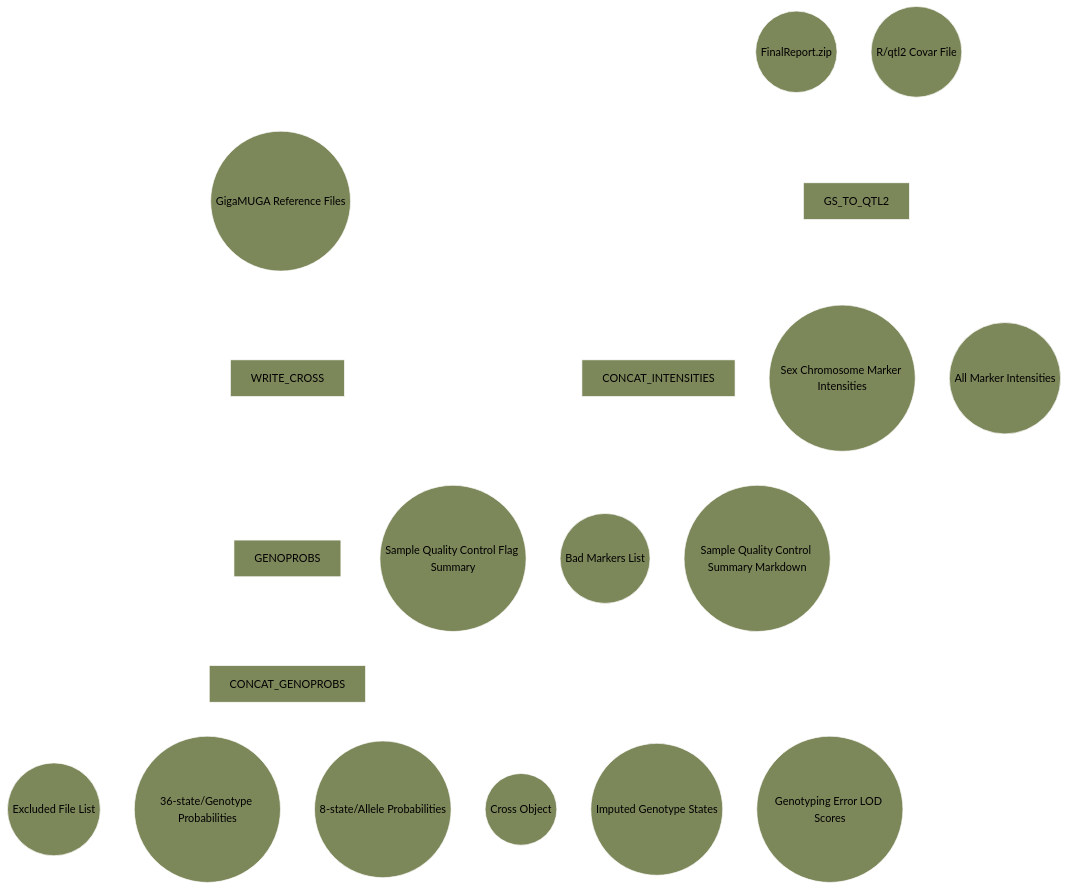
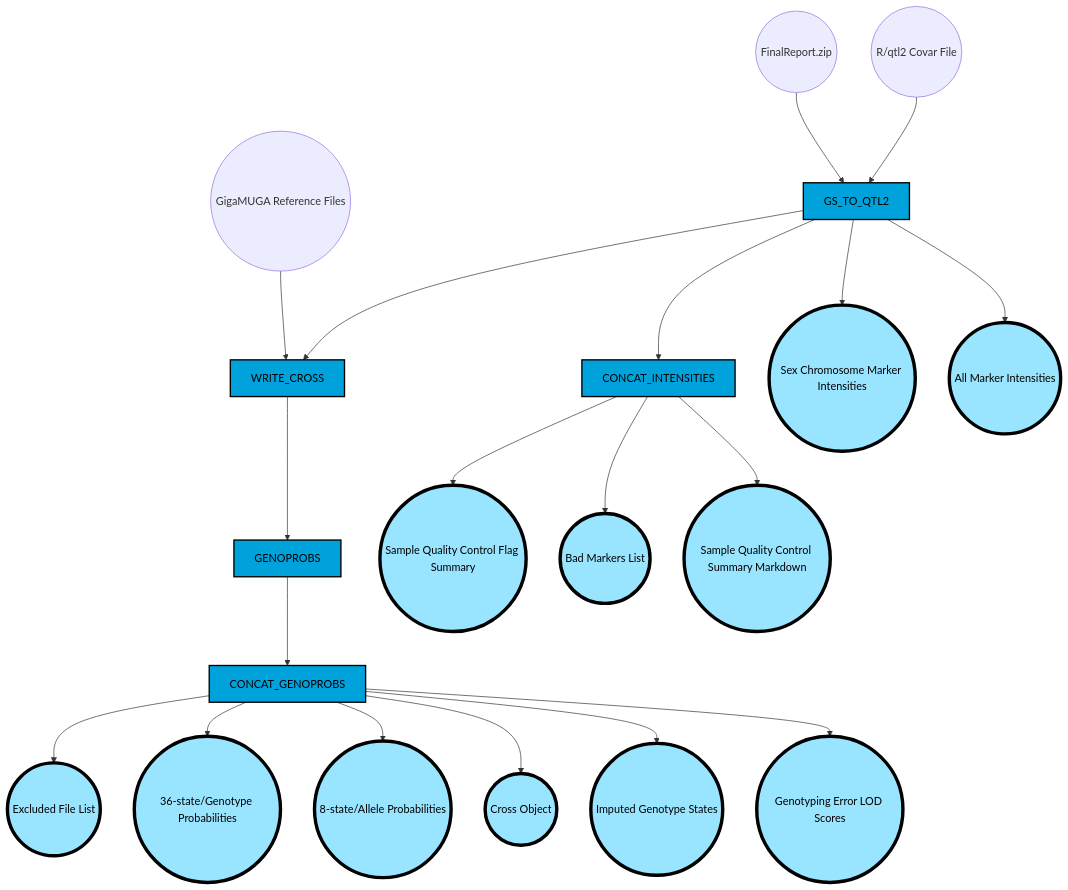
The diagram in README.md (TheJacksonLaboratory/haplotype_reconstruction_qtl-nf), drawn with Mermaid before and after one commit.

Commit message:
update mermaid

````diff
--- a/README.md
+++ b/README.md
@@ -21,62 +21,48 @@
 ```mermaid
-%%{
-  init: {
-    'theme': 'base',
-    'themeVariables': {
-      'primaryColor': '#7C875A',
-      'primaryTextColor': '#000000',
-      'primaryBorderColor': '#fff',
-      'lineColor': '#fff',
-      'secondaryColor': '#fff',
-      'tertiaryColor': '#fff'
-    }
-  }
-}%%
-
 flowchart TD
     p0((FinalReport.zip))
     p1((R/qtl2 Covar File))
     p2((GigaMUGA Reference Files))
-    p3[GS_TO_QTL2]
-    p4[WRITE_CROSS]
-    p5[GENOPROBS]
-    p6[CONCAT_GENOPROBS]
-    p7[CONCAT_INTENSITIES]
-    o1((Sex Chromosome Marker Intensities))
-    o2((All Marker Intensities))
-    o3((Excluded File List))
-    o4((36-state/Genotype Probabilities))
-    o5((8-state/Allele Probabilities))
-    o6((Cross Object))
-    o7((Imputed Genotype States))
-    o8((Genotyping Error LOD Scores))
-    o9((Sample Quality Control Flag Summary))
-    o10((Bad Markers List))
-    o11((Sample Quality Control Summary Markdown))
+    p3[GS_TO_QTL2]:::process
+    p4[WRITE_CROSS]:::process
+    p5[GENOPROBS]:::process
+    p6[CONCAT_GENOPROBS]:::process
+    p7[CONCAT_INTENSITIES]:::process
+    o1((Sex Chromosome Marker Intensities)):::output
+    o2((All Marker Intensities)):::output
+    o3((Excluded File List)):::output
+    o4((36-state/Genotype Probabilities)):::output
+    o5((8-state/Allele Probabilities)):::output
+    o6((Cross Object)):::output
+    o7((Imputed Genotype States)):::output
+    o8((Genotyping Error LOD Scores)):::output
+    o9((Sample Quality Control Flag Summary)):::output
+    o10((Bad Markers List)):::output
+    o11((Sample Quality Control Summary Markdown)):::output
 
     p0 --> p3
     p1 --> p3
 
     p3 --> p4
     p3 --> p7
     p3 --> o1
     p3 --> o2
 
     p2 --> p4
     p4 --> p5
     p5 --> p6
 
     p6 --> o3
     p6 --> o4
     p6 --> o5
     p6 --> o6
     p6 --> o7
     p6 --> o8
 
     p7 --> o9
     p7 --> o10
     p7 --> o11
 
-classDef output stroke-width:5px
-classDef process stroke-width:5px
+classDef output fill:#99e4ff,stroke:#000000,stroke-width:5px,color:#000000
+classDef process fill:#00A2DC,stroke:#000000,stroke-width:2px,color:#000000
 ```
````
